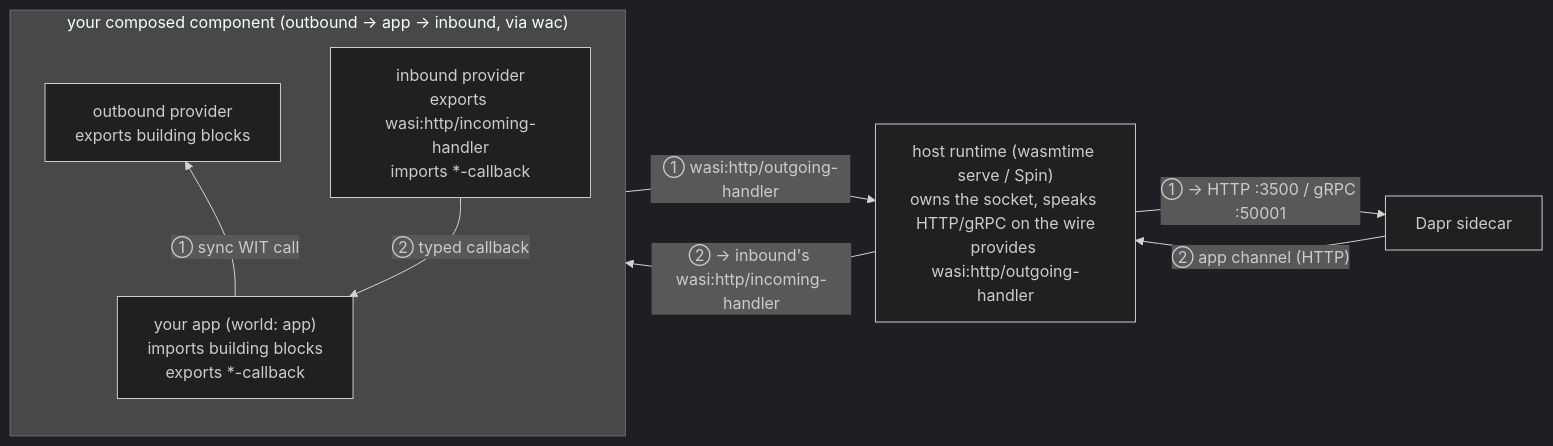
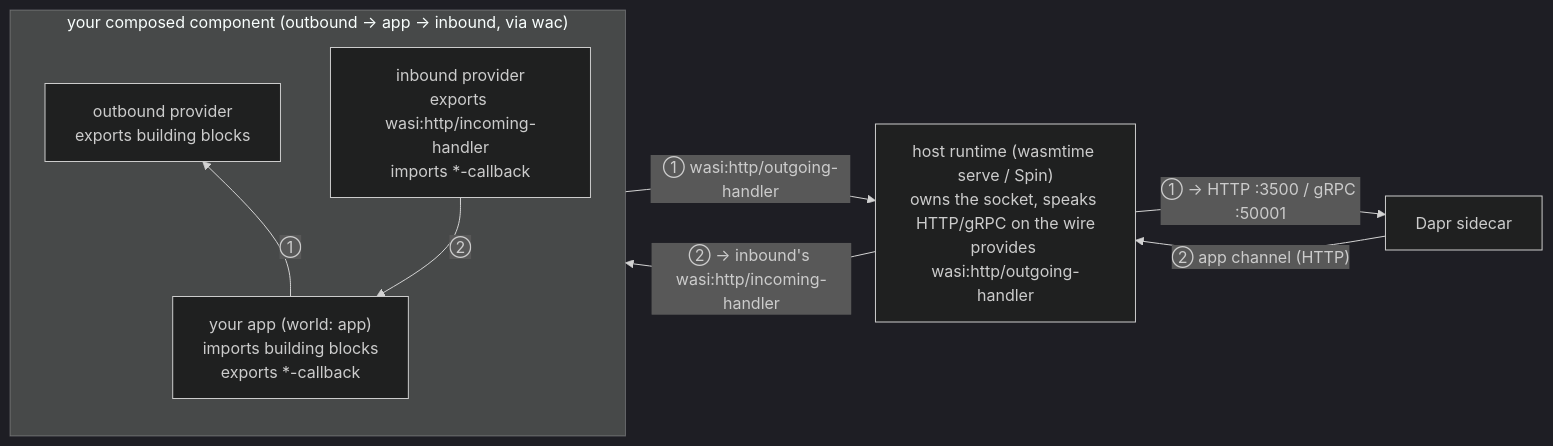
The diagram in README.md (sideeffffect/dapr-wasm-components), drawn with Mermaid (dark theme) before and after one commit.

Commit message:
README: reduce the two in-box edge labels to bare ①/② to stop label pile-up
Both app↔provider edges fan into the app node from the same narrow gap, so
Mermaid placed their labels in the same spot no matter how short the text —
"sync WIT call" and "typed callback" still collided. The descriptive ①/② text
already lives on the external (host-side) edges, and the node boxes already say
what each side imports/exports, so the internal edges only need the bare ①/②
markers. These let you trace each direction across the whole diagram (① = app →
outbound → host → sidecar; ② = sidecar → host → inbound → app) and no longer
overlap. Verified rendering at default spacing.

````diff
--- a/README.md
+++ b/README.md
@@ -58,23 +58,23 @@
 ```mermaid
 flowchart LR
     sidecar["Dapr sidecar"]
     host["host runtime (wasmtime serve / Spin)<br/>owns the socket, speaks HTTP/gRPC on the wire<br/>provides wasi:http/outgoing-handler"]
 
     subgraph composed["your composed component (outbound → app → inbound, via wac)"]
         direction TB
         outbound["outbound provider<br/>exports building blocks"]
         inbound["inbound provider<br/>exports wasi:http/incoming-handler<br/>imports *-callback"]
         app["your app (world: app)<br/>imports building blocks<br/>exports *-callback"]
     end
 
     %% invisible rank hints keep the order sidecar → host → providers → app
     host ~~~ outbound
     outbound ~~~ app
 
-    app -- "① sync WIT call" --> outbound
+    app -- "①" --> outbound
     outbound -- "① wasi:http/outgoing-handler" --> host
     host -- "① → HTTP :3500 / gRPC :50001" --> sidecar
     sidecar -- "② app channel (HTTP)" --> host
     host -- "② → inbound's wasi:http/incoming-handler" --> inbound
-    inbound -- "② typed callback" --> app
+    inbound -- "②" --> app
 ```
````
